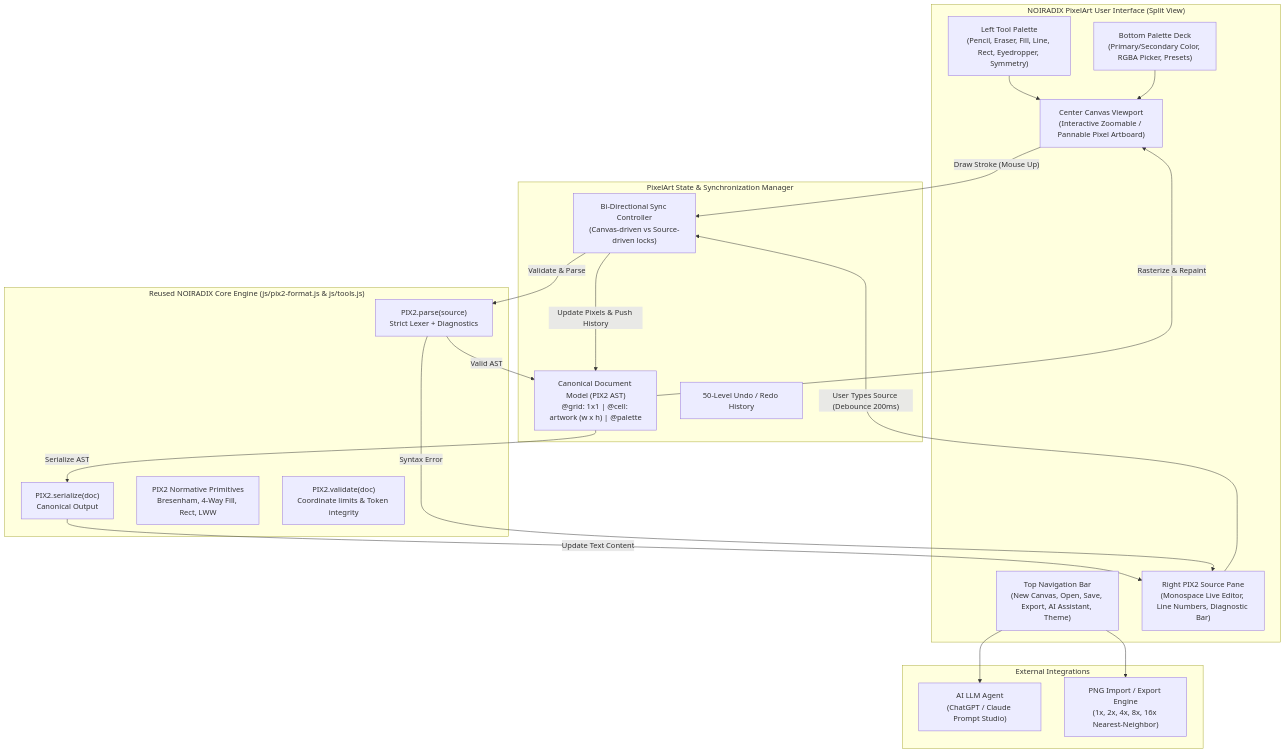
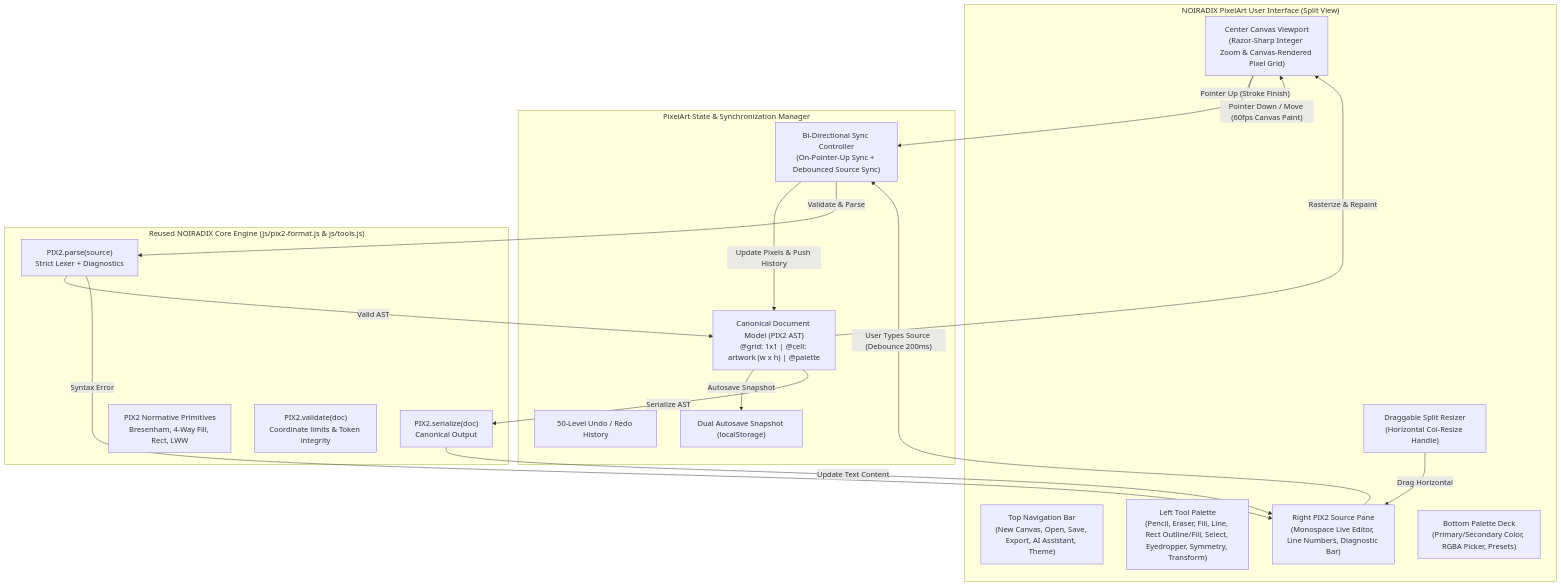
The diagram in docs/PIXELART/ARCHITECTURE_AND_REUSE_PLAN.md (dotlinux26/noiradix-studio), drawn with Mermaid before and after one commit. The commit also changed other lines of this file and 5 other files, not shown here.

Commit message:
feat: add draggable split-pane resizer, razor-sharp canvas grid, 1024px ceiling, selection tool, and fill rect icon

````diff
--- a/docs/PIXELART/ARCHITECTURE_AND_REUSE_PLAN.md
+++ b/docs/PIXELART/ARCHITECTURE_AND_REUSE_PLAN.md
@@ -45,44 +48,40 @@
 ```mermaid
 flowchart TD
     subgraph UI["NOIRADIX PixelArt User Interface (Split View)"]
         TopNav["Top Navigation Bar\n(New Canvas, Open, Save, Export, AI Assistant, Theme)"]
-        Toolbar["Left Tool Palette\n(Pencil, Eraser, Fill, Line, Rect, Eyedropper, Symmetry)"]
-        CanvasPane["Center Canvas Viewport\n(Interactive Zoomable / Pannable Pixel Artboard)"]
+        Toolbar["Left Tool Palette\n(Pencil, Eraser, Fill, Line, Rect Outline/Fill, Select, Eyedropper, Symmetry, Transform)"]
+        CanvasPane["Center Canvas Viewport\n(Razor-Sharp Integer Zoom & Canvas-Rendered Pixel Grid)"]
+        Splitter["Draggable Split Resizer\n(Horizontal Col-Resize Handle)"]
         CodePane["Right PIX2 Source Pane\n(Monospace Live Editor, Line Numbers, Diagnostic Bar)"]
         ColorDeck["Bottom Palette Deck\n(Primary/Secondary Color, RGBA Picker, Presets)"]
     end
 
     subgraph StateMachine["PixelArt State & Synchronization Manager"]
         DocModel["Canonical Document Model (PIX2 AST)\n@grid: 1x1 | @cell: artwork (w x h) | @palette"]
         HistoryStack["50-Level Undo / Redo History"]
-        SyncController["Bi-Directional Sync Controller\n(Canvas-driven vs Source-driven locks)"]
+        SyncController["Bi-Directional Sync Controller\n(On-Pointer-Up Sync + Debounced Source Sync)"]
+        Autosave["Dual Autosave Snapshot (localStorage)"]
     end
 
     subgraph CoreEngine["Reused NOIRADIX Core Engine (js/pix2-format.js & js/tools.js)"]
         Parser["PIX2.parse(source)\nStrict Lexer + Diagnostics"]
         Serializer["PIX2.serialize(doc)\nCanonical Output"]
         Raster["PIX2 Normative Primitives\nBresenham, 4-Way Fill, Rect, LWW"]
         Validator["PIX2.validate(doc)\nCoordinate limits & Token integrity"]
     end
 
-    subgraph External["External Integrations"]
-        AI["AI LLM Agent\n(ChatGPT / Claude Prompt Studio)"]
-        PNG["PNG Import / Export Engine\n(1x, 2x, 4x, 8x, 16x Nearest-Neighbor)"]
-    end
-
-    CanvasPane -->|"Draw Stroke (Mouse Up)"| SyncController
+    CanvasPane -->|"Pointer Down / Move (60fps Canvas Paint)"| CanvasPane
+    CanvasPane -->|"Pointer Up (Stroke Finish)"| SyncController
     SyncController -->|"Update Pixels & Push History"| DocModel
+    DocModel -->|"Autosave Snapshot"| Autosave
     DocModel -->|"Serialize AST"| Serializer
     Serializer -->|"Update Text Content"| CodePane
 
     CodePane -->|"User Types Source (Debounce 200ms)"| SyncController
     SyncController -->|"Validate & Parse"| Parser
     Parser -->|"Valid AST"| DocModel
     DocModel -->|"Rasterize & Repaint"| CanvasPane
     Parser -->|"Syntax Error"| CodePane
 
-    Toolbar --> CanvasPane
-    ColorDeck --> CanvasPane
-    TopNav --> AI
-    TopNav --> PNG
+    Splitter -->|"Drag Horizontal"| CodePane
 ```
````
